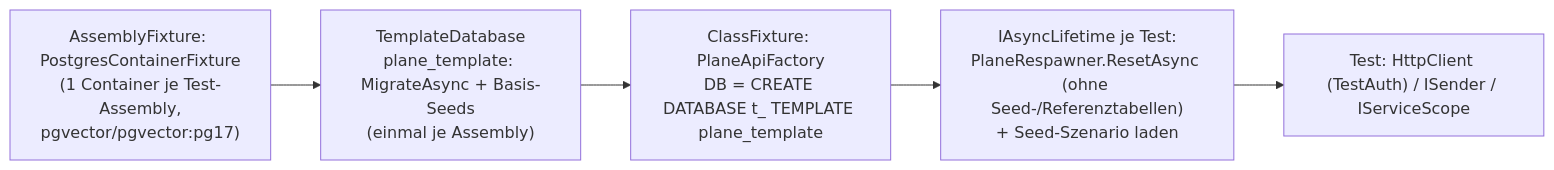
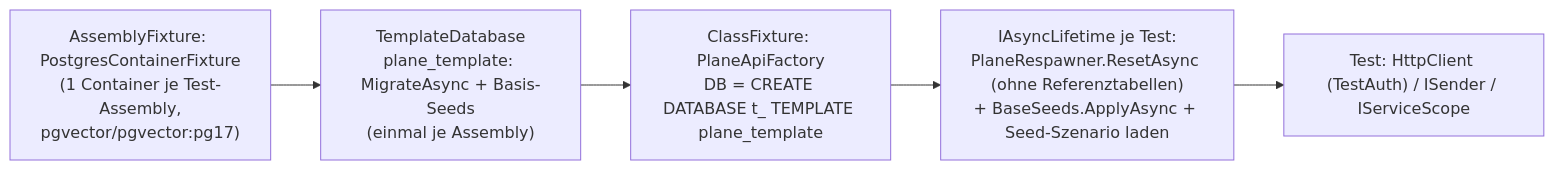
Before and after one commit to mlwr/plane: the second of 6 diagrams in migration/architecture/15-teststrategie-qualitaet-paritaet.md, drawn with Mermaid. The commit also changed other lines of this file and 18 other files, not shown here.

First line of the commit message:
docs(migration): second alignment round and funk. branding across architecture docs

````diff
--- a/migration/architecture/15-teststrategie-qualitaet-paritaet.md
+++ b/migration/architecture/15-teststrategie-qualitaet-paritaet.md
@@ -268,7 +270,7 @@
 ```mermaid
 flowchart LR
   A["AssemblyFixture: PostgresContainerFixture<br/>(1 Container je Test-Assembly,<br/>pgvector/pgvector:pg17)"] --> B["TemplateDatabase<br/>plane_template: MigrateAsync + Basis-Seeds<br/>(einmal je Assembly)"]
   B --> C["ClassFixture: PlaneApiFactory<br/>DB = CREATE DATABASE t_<klasse> TEMPLATE plane_template"]
-  C --> D["IAsyncLifetime je Test:<br/>PlaneRespawner.ResetAsync (ohne Seed-/Referenztabellen)<br/>+ Seed-Szenario laden"]
+  C --> D["IAsyncLifetime je Test:<br/>PlaneRespawner.ResetAsync (ohne Referenztabellen)<br/>+ BaseSeeds.ApplyAsync + Seed-Szenario laden"]
   D --> E["Test: HttpClient (TestAuth) / ISender / IServiceScope"]
 ```
````
